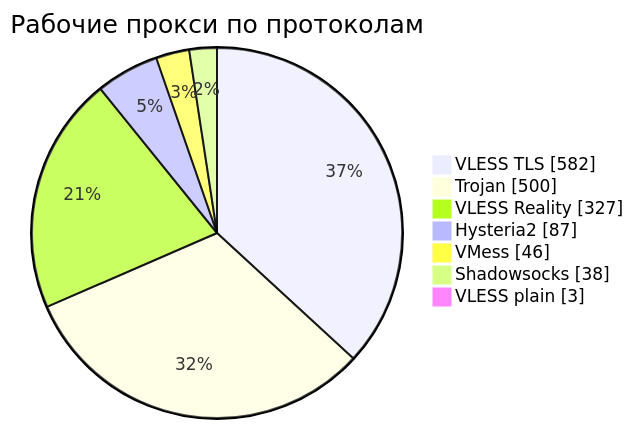
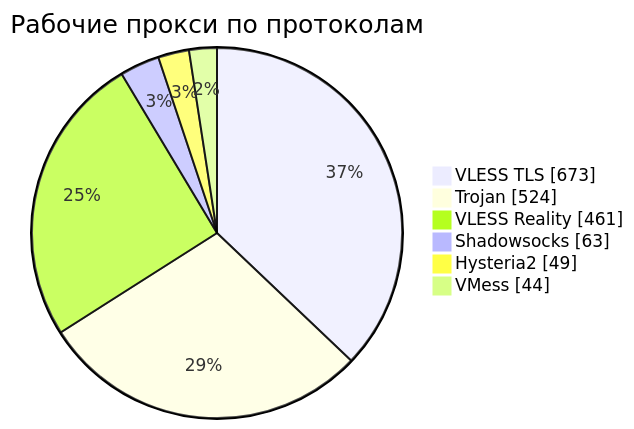
Before and after one commit to rvvg/proxy-subs: the third of 4 diagrams in README.md, drawn with Mermaid. The commit also changed other lines of this file and 54 other files, not shown here.

````diff
--- a/README.md
+++ b/README.md
@@ -138,11 +143,10 @@
 ```mermaid
 pie showData
     title Рабочие прокси по протоколам
-    "VLESS TLS" : 582
-    "Trojan" : 500
-    "VLESS Reality" : 327
-    "Hysteria2" : 87
-    "VMess" : 46
-    "Shadowsocks" : 38
-    "VLESS plain" : 3
+    "VLESS TLS" : 673
+    "Trojan" : 524
+    "VLESS Reality" : 461
+    "Shadowsocks" : 63
+    "Hysteria2" : 49
+    "VMess" : 44
 ```
````
